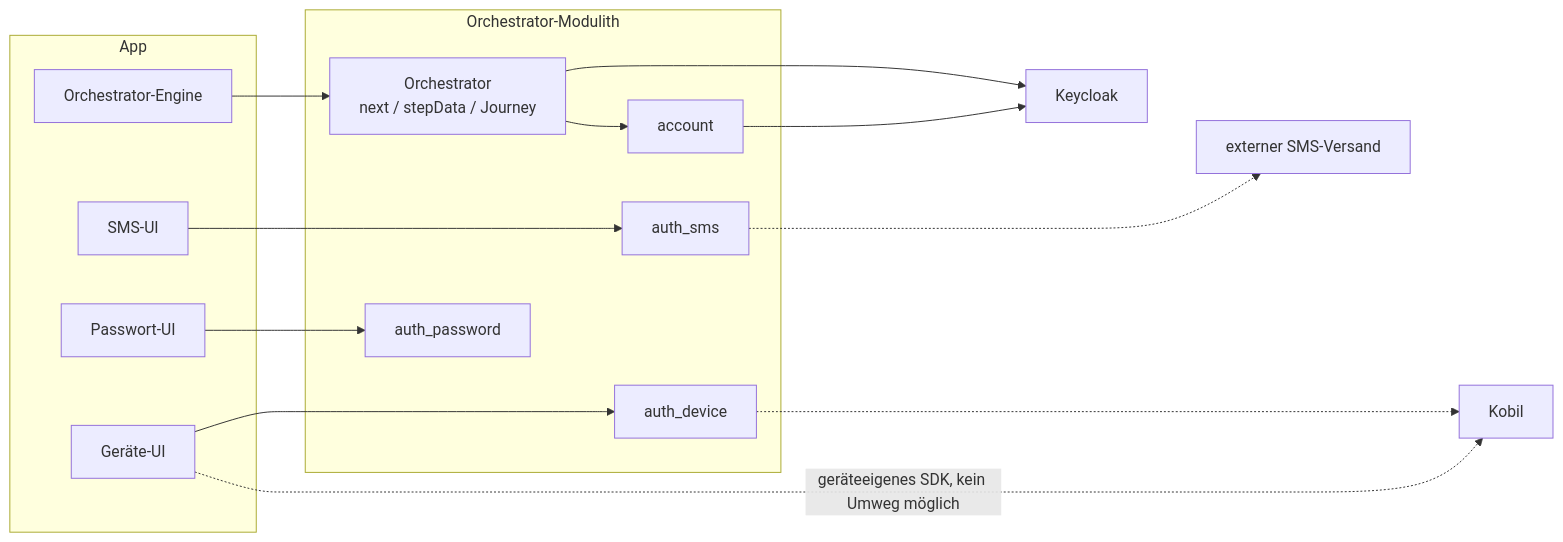
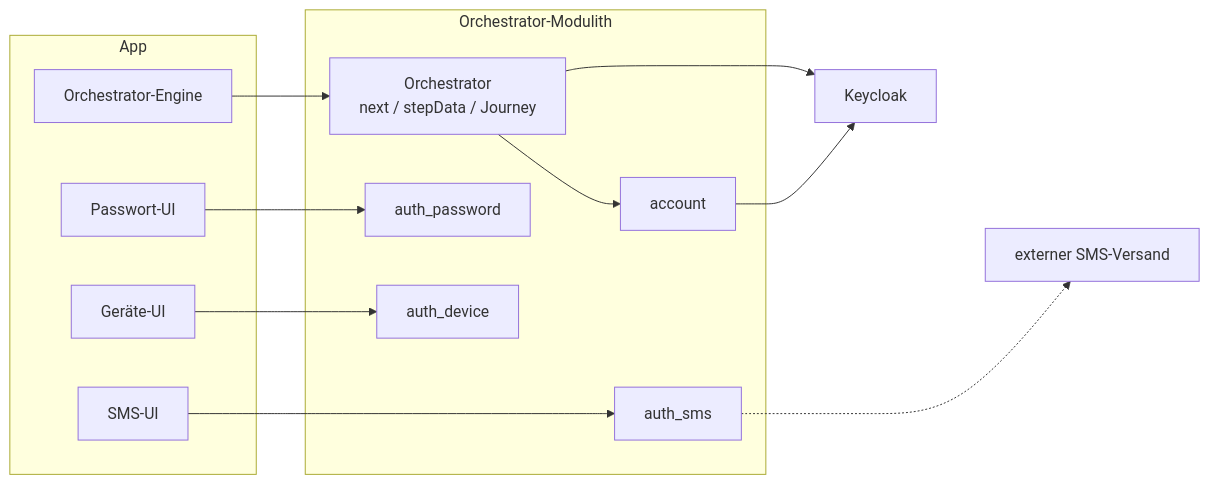
One commit to rpreissel/DPoP-demo changed the second of 5 diagrams in docs/pitches/backend-konzepte.md. Above: the diagram before and after it, drawn with Mermaid. The commit also changed other lines of this file and 11 other files, not shown here.

````diff
--- a/docs/pitches/backend-konzepte.md
+++ b/docs/pitches/backend-konzepte.md
@@ -33,35 +33,32 @@
 ```mermaid
 flowchart LR
   subgraph App["App"]
     NE["Orchestrator-Engine"]
     UI1["SMS-UI"]
     UI2["Passwort-UI"]
     UI3["Geräte-UI"]
   end
 
   subgraph Backend["Orchestrator-Modulith"]
     O["Orchestrator<br/>next / stepData / Journey"]
     AC["account"]
     M1["auth_sms"]
     M2["auth_password"]
     M3["auth_device"]
   end
 
   KC["Keycloak"]
   EXT1["externer SMS-Versand"]
-  KOBIL["Kobil"]
-  KC ~~~ EXT1 ~~~ KOBIL
+  KC ~~~ EXT1
 
   NE --> O
   O --> KC
   O --> AC
   AC --> KC
 
   UI1 --> M1
   UI2 --> M2
   UI3 --> M3
 
   M1 -.-> EXT1
-  UI3 -. "geräteeigenes SDK, kein Umweg möglich" .-> KOBIL
-  M3 -.-> KOBIL
 ```
````
